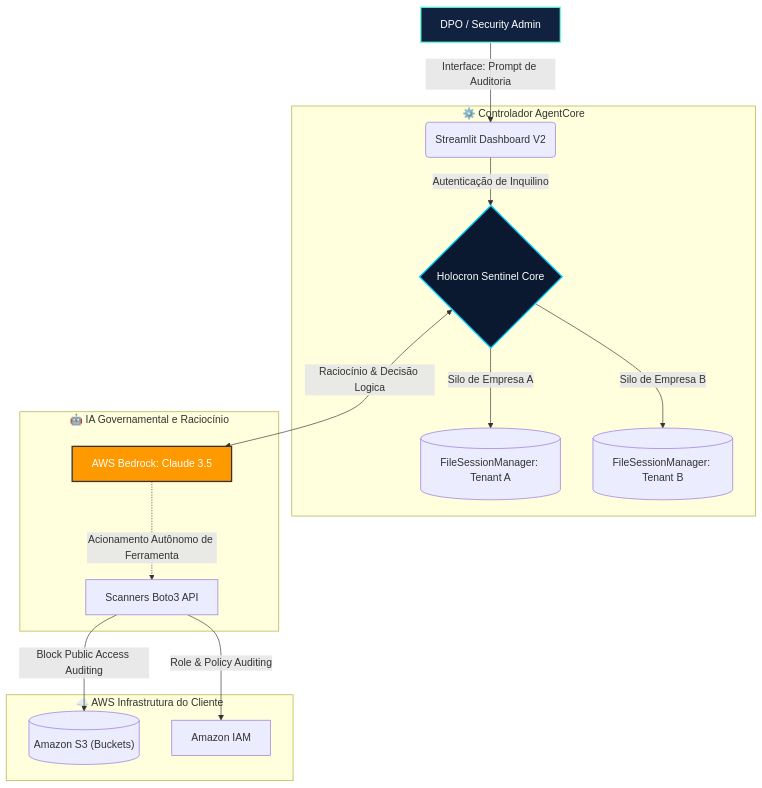
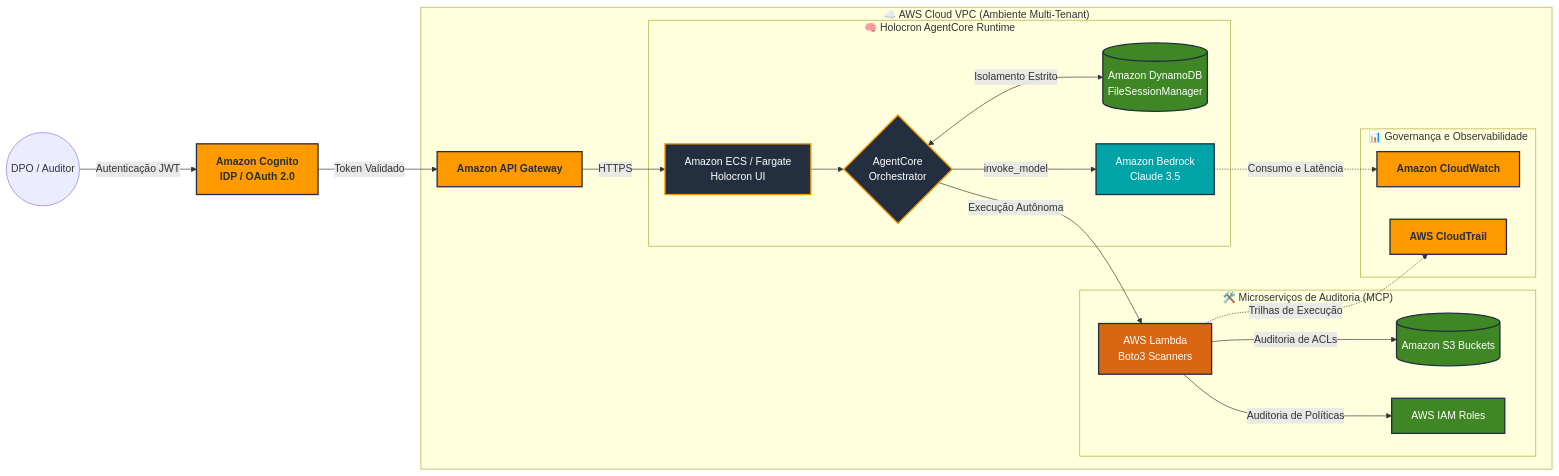
Before and after one commit to guinatural/Holocron-Sentinel-Startup-V2: the diagram in README.md, drawn with Mermaid. The commit also changed other lines of this file, not shown here.

Commit message:
docs: Fortalecimento da vitrine com Diagrama SaaS Nativo AWS (Producao)

````diff
--- a/README.md
+++ b/README.md
@@ -18,24 +18,39 @@
 ```mermaid
-graph TD;
-    Admin["DPO / Security Admin"] -->|"Interface: Prompt de Auditoria"| UI("Streamlit Dashboard V2");
-    
-    subgraph "⚙️ Controlador AgentCore"
-        UI -->|"Autenticação de Inquilino"| Core{"Holocron Sentinel Core"};
-        Core -->|"Silo de Empresa A"| MemA[("FileSessionManager: Tenant A")];
-        Core -->|"Silo de Empresa B"| MemB[("FileSessionManager: Tenant B")];
-    end
-    
-    subgraph "🤖 IA Governamental e Raciocínio"
-        Core <-->|"Raciocínio & Decisão Logica"| Bedrock["AWS Bedrock: Claude 3.5"];
-        Bedrock -.->|"Acionamento Autônomo de Ferramenta"| MCP["Scanners Boto3 API"];
-    end
-    
-    subgraph "☁️ AWS Infrastrutura do Cliente"
-        MCP -->|"Block Public Access Auditing"| AWS_S3[("Amazon S3 (Buckets)")];
-        MCP -->|"Role & Policy Auditing"| AWS_IAM["Amazon IAM"];
+graph LR
+    User((DPO / Auditor)) -->|Autenticação JWT| Cognito[Amazon Cognito<br/>IDP / OAuth 2.0]
+    Cognito -->|Token Validado| API[Amazon API Gateway]
+
+    subgraph "☁️ AWS Cloud VPC (Ambiente Multi-Tenant)"
+        API -->|HTTPS| ECS[Amazon ECS / Fargate<br/>Holocron UI]
+        
+        subgraph "🧠 Holocron AgentCore Runtime"
+            ECS --> Orchestrator{AgentCore<br/>Orchestrator}
+            Orchestrator <-->|Isolamento Estrito| Memory[(Amazon DynamoDB<br/>FileSessionManager)]
+            Orchestrator -->|invoke_model| Bedrock[Amazon Bedrock<br/>Claude 3.5]
+        end
+        
+        subgraph "🛠️ Microserviços de Auditoria (MCP)"
+            Orchestrator -->|Execução Autônoma| Lambda[AWS Lambda<br/>Boto3 Scanners]
+            Lambda -->|Auditoria de ACLs| S3[(Amazon S3 Buckets)]
+            Lambda -->|Auditoria de Políticas| IAM[AWS IAM Roles]
+        end
+        
+        subgraph "📊 Governança e Observabilidade"
+            Bedrock -.->|Consumo e Latência| CW[Amazon CloudWatch]
+            Lambda -.->|Trilhas de Execução| CT[AWS CloudTrail]
+        end
     end
 
-    style Admin fill:#112240,stroke:#64ffda,stroke-width:2px,color:#fff
-    style Core fill:#0a192f,stroke:#00d2ff,stroke-width:2px,color:#fff
-    style Bedrock fill:#ff9900,stroke:#333,stroke-width:2px,color:#fff
+    classDef aws fill:#FF9900,stroke:#232F3E,stroke-width:2px,color:#232F3E,font-weight:bold;
+    classDef container fill:#232F3E,stroke:#FF9900,stroke-width:2px,color:#FFF;
+    classDef db fill:#3F8624,stroke:#232F3E,stroke-width:2px,color:#FFF;
+    classDef lambda fill:#D86613,stroke:#232F3E,stroke-width:2px,color:#FFF;
+    classDef bedrock fill:#00A4A6,stroke:#232F3E,stroke-width:2px,color:#FFF;
+    
+    class Cognito,API aws;
+    class ECS,Orchestrator container;
+    class Memory,S3,IAM db;
+    class Lambda lambda;
+    class Bedrock bedrock;
+    class CW,CT aws;
 ```
````
